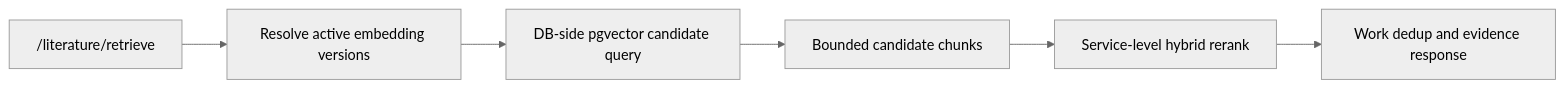
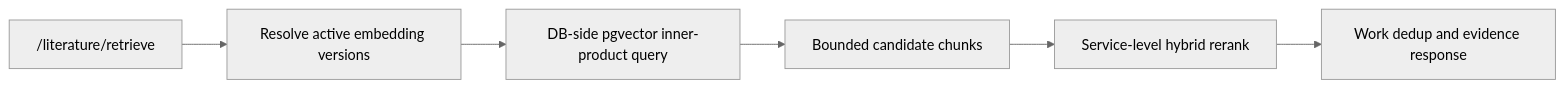
One commit to willyu1007/My-Researcher changed the second of 2 diagrams in dev-docs/active/literature-retrieval-pgvector-index-design/02-architecture.md. Above: the diagram before and after it, drawn with Mermaid (neutral theme). The commit also changed other lines of this file and 6 other files, not shown here.

````diff
--- a/dev-docs/active/literature-retrieval-pgvector-index-design/02-architecture.md
+++ b/dev-docs/active/literature-retrieval-pgvector-index-design/02-architecture.md
@@ -23,8 +23,8 @@
 ```mermaid
 flowchart LR
   A["/literature/retrieve"] --> B["Resolve active embedding versions"]
-  B --> C["DB-side pgvector candidate query"]
+  B --> C["DB-side pgvector inner-product query"]
   C --> D["Bounded candidate chunks"]
   D --> E["Service-level hybrid rerank"]
   E --> F["Work dedup and evidence response"]
 ```
````
